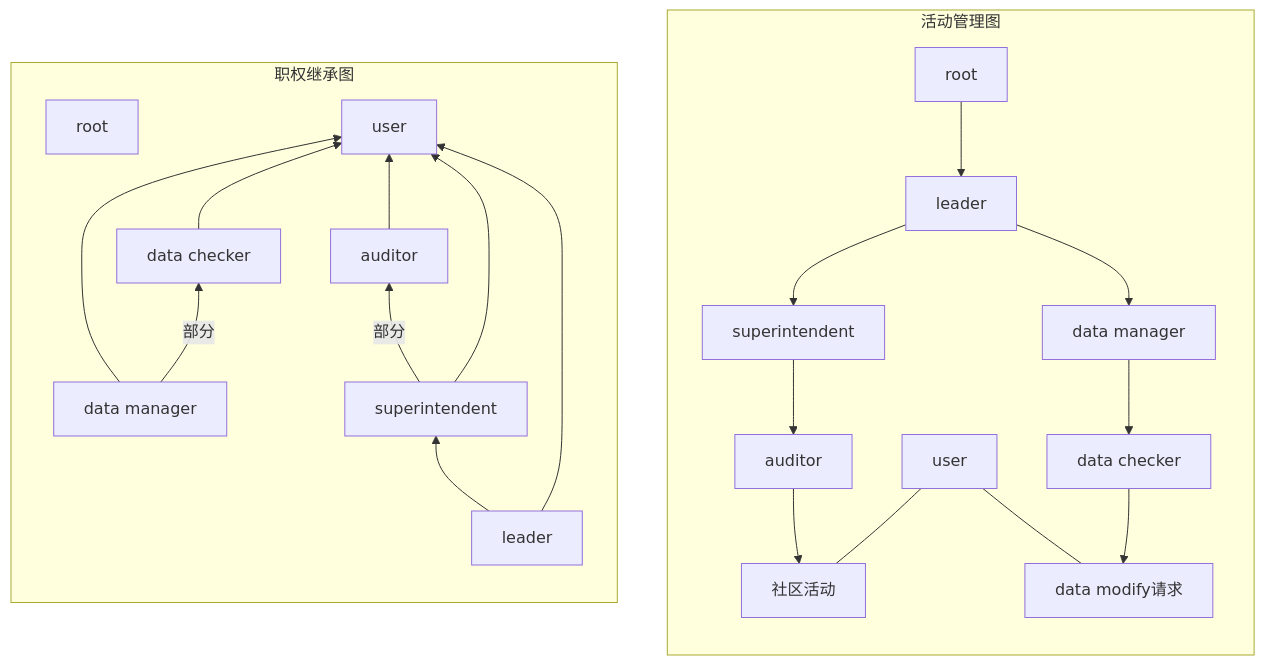
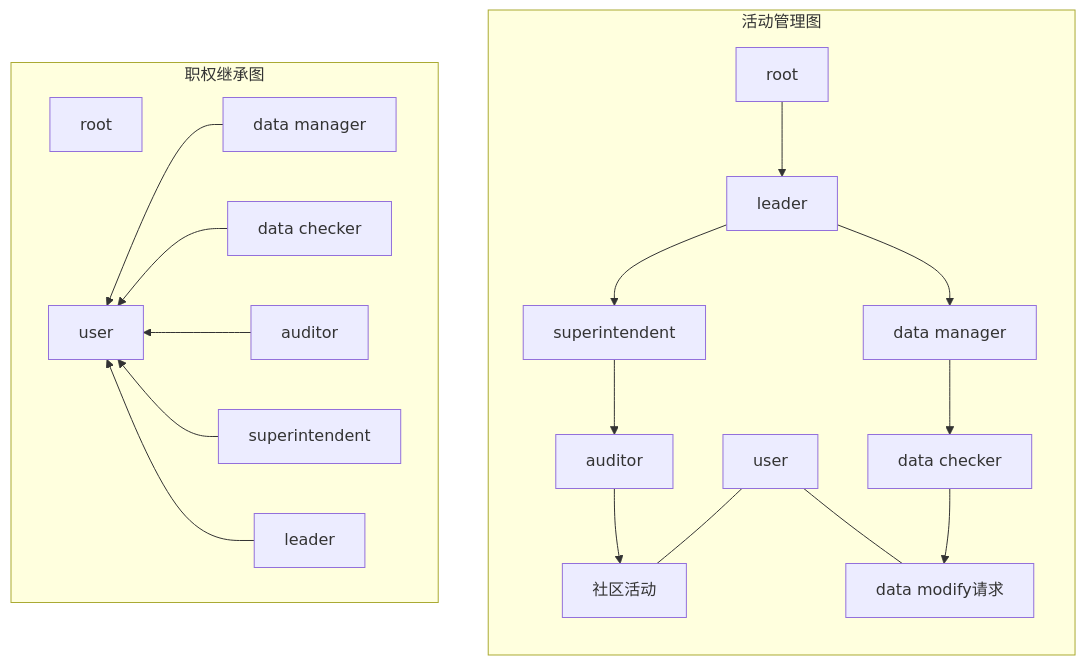
One commit to TouhouCloudMusic/thcdb changed the diagram in server/docs/architecture/user/manager_permission/design.md. Above: the diagram before and after it, drawn with Mermaid. The commit also changed other lines of this file and 9 other files, not shown here.

````diff
--- a/server/docs/architecture/user/manager_permission/design.md
+++ b/server/docs/architecture/user/manager_permission/design.md
@@ -16,31 +15,30 @@
 ```mermaid
 graph TB
     subgraph 活动管理图
         direction TB
         management_data_manager[data manager]
         management_data_checker[data checker]
         management_root[root]
         management_user[user]
         management_leader[leader]
         management_superintendent[superintendent]
         management_auditor[auditor]
         data_modify请求[data modify请求]
         management_root --> management_leader
         management_leader --> management_superintendent --> management_auditor --> 社区活动
         management_user --- 社区活动
         management_user --- data_modify请求
         management_leader --> management_data_manager --> management_data_checker --> data_modify请求
     end
     subgraph 职权继承图
-        direction BT
+        direction RL
         root
         data_manager[data manager]
         data_checker[data checker]
         data_manager --> user
-        data_manager --部分--> data_checker --> user
-        superintendent --部分--> auditor --> user
+        data_checker --> user
+        auditor --> user
         superintendent --> user
         leader --> user
-        leader --> superintendent
     end
 ```
````
